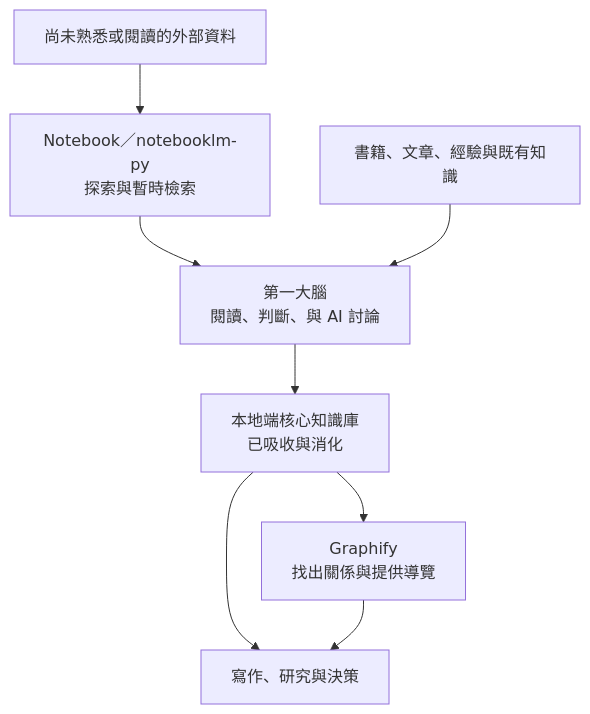
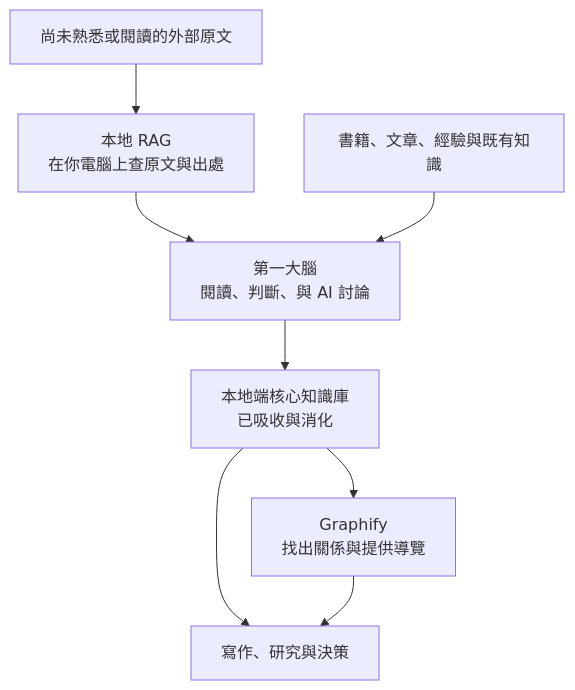
Before and after one commit to iamraven-tw/raven-ai-workflow-toolbox: the first of 2 diagrams in skill-packs/ai-knowledge-base/README.md, drawn with Mermaid. The commit also changed other lines of this file and 62 other files, not shown here.

````diff
--- a/skill-packs/ai-knowledge-base/README.md
+++ b/skill-packs/ai-knowledge-base/README.md
@@ -19,10 +19,10 @@
 ```mermaid
 flowchart TD
-    A["尚未熟悉或閱讀的外部資料"] --> B["Notebook／notebooklm-py<br/>探索與暫時檢索"]
+    A["尚未熟悉或閱讀的外部原文"] --> B["本地 RAG<br/>在你電腦上查原文與出處"]
     B --> C["第一大腦<br/>閱讀、判斷、與 AI 討論"]
     D["書籍、文章、經驗與既有知識"] --> C
     C --> E["本地端核心知識庫<br/>已吸收與消化"]
     E --> F["Graphify<br/>找出關係與提供導覽"]
     E --> G["寫作、研究與決策"]
     F --> G
 ```
````
